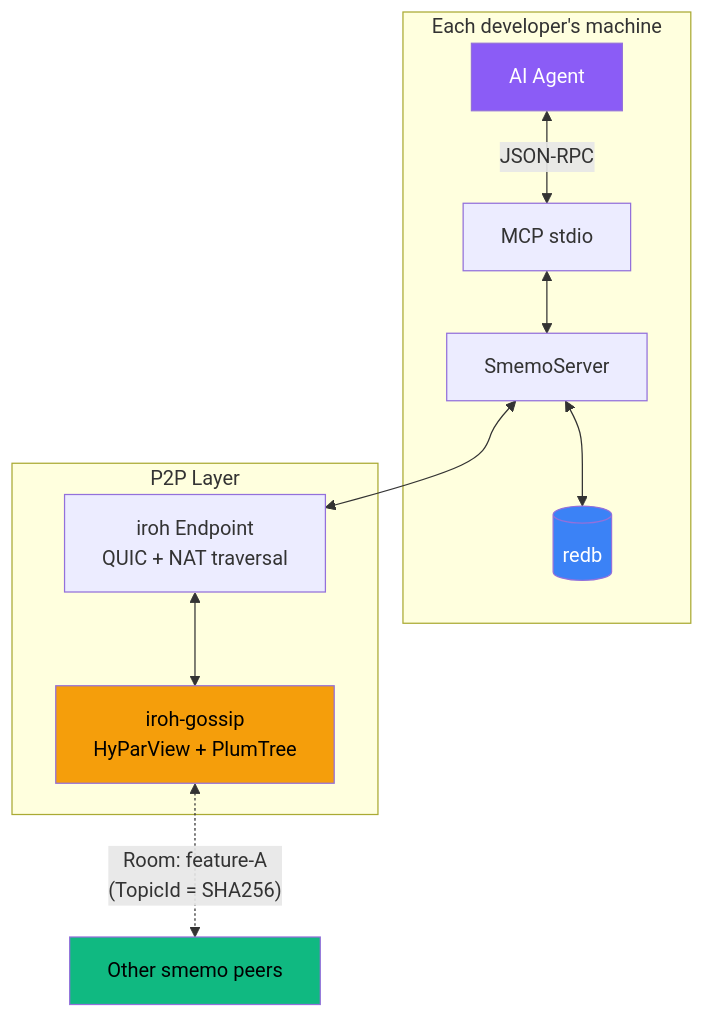
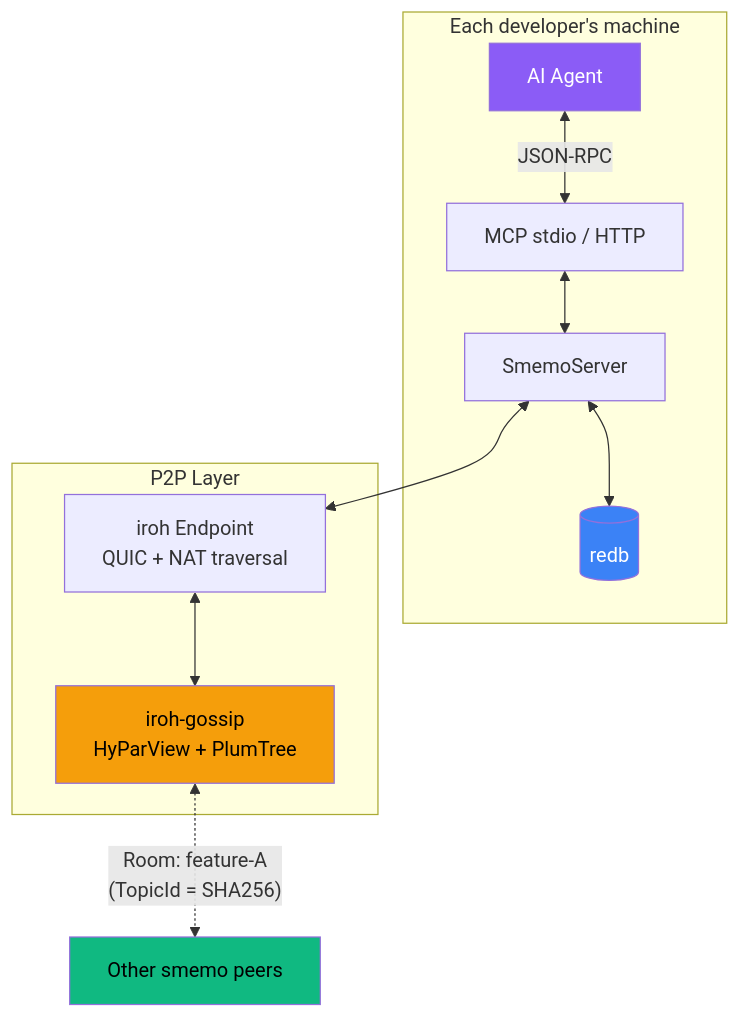
The fifth of 5 diagrams in README.md (iltumio/buddies), drawn with Mermaid before and after one commit. The commit also changed other lines of this file and 5 other files, not shown here.

````diff
--- a/README.md
+++ b/README.md
@@ -273,28 +309,28 @@
 ```mermaid
 graph TB
     subgraph "Each developer's machine"
         Agent[AI Agent]
-        MCP[MCP stdio]
+        MCP[MCP stdio / HTTP]
         Server[SmemoServer]
         Storage[(redb)]
 
         Agent <-->|JSON-RPC| MCP
         MCP <--> Server
         Server <--> Storage
     end
 
     subgraph "P2P Layer"
         Iroh[iroh Endpoint<br/>QUIC + NAT traversal]
         Gossip[iroh-gossip<br/>HyParView + PlumTree]
     end
 
     Server <--> Iroh
     Iroh <--> Gossip
 
     Gossip <-.->|"Room: feature-A<br/>(TopicId = SHA256)"| OtherPeers[Other smemo peers]
 
     style Agent fill:#8b5cf6,color:#fff
     style Gossip fill:#f59e0b,color:#000
     style Storage fill:#3b82f6,color:#fff
     style OtherPeers fill:#10b981,color:#000
 ```
````
